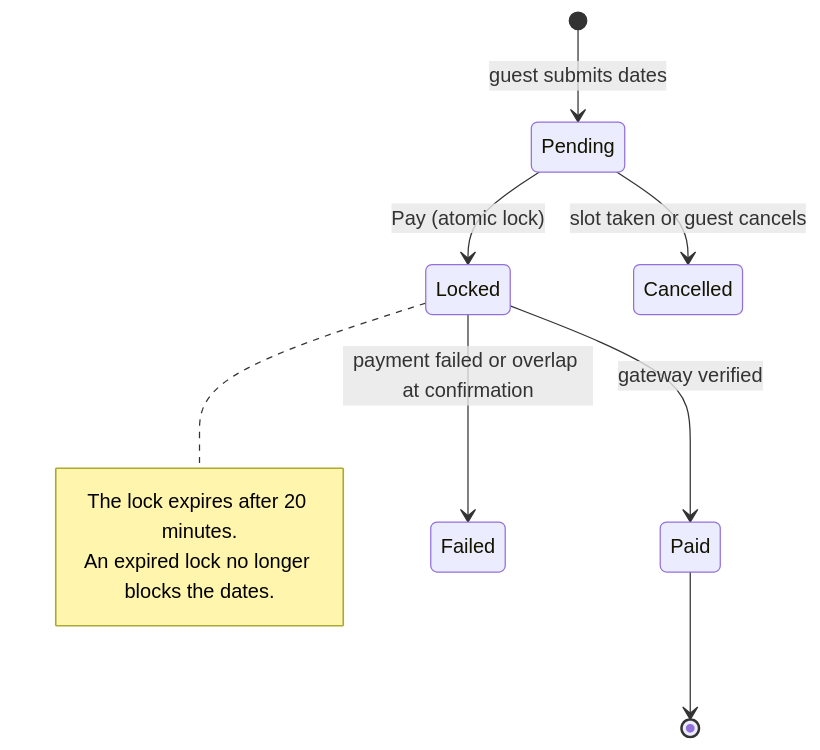
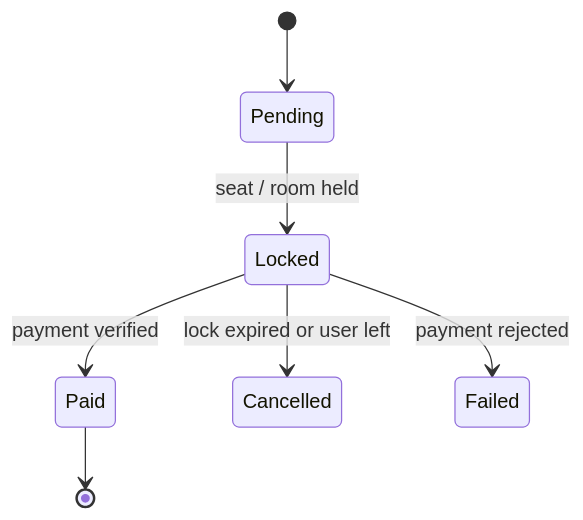
Before and after one commit to arefesab/Website-Travel-Agency-System: the second of 3 diagrams in README.md, drawn with Mermaid. The commit also changed other lines of this file, not shown here.

````diff
--- a/README.md
+++ b/README.md
@@ -162,13 +209,9 @@
 ```mermaid
 stateDiagram-v2
-    [*] --> Pending: guest submits dates
-    Pending --> Locked: Pay (atomic lock)
-    Pending --> Cancelled: slot taken or guest cancels
-    Locked --> Paid: gateway verified
-    Locked --> Failed: payment failed or overlap at confirmation
+    [*] --> Pending
+    Pending --> Locked: seat / room held
+    Locked --> Paid: payment verified
+    Locked --> Cancelled: lock expired or user left
+    Locked --> Failed: payment rejected
     Paid --> [*]
-    note right of Locked
-        The lock expires after 20 minutes.
-        An expired lock no longer blocks the dates.
-    end note
 ```
````
